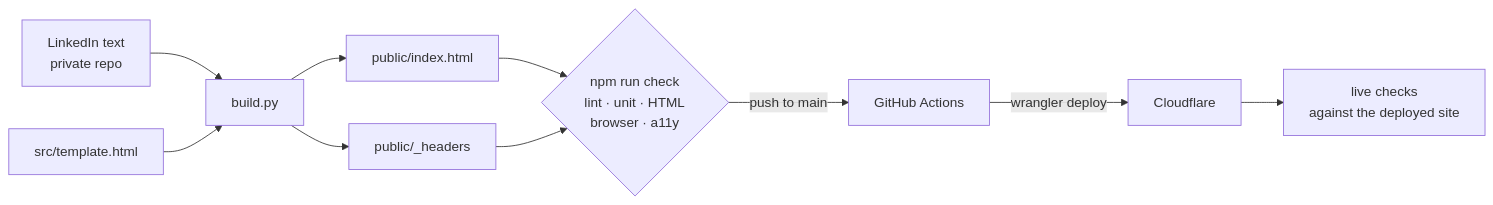
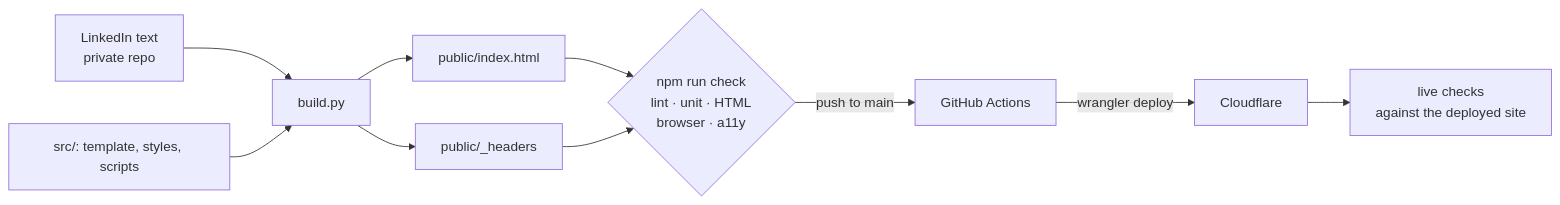
The diagram in README.md (kazuho-shibuya/kazuhoshibuya.com), drawn with Mermaid before and after one commit. The commit also changed other lines of this file and 10 other files, not shown here.

First line of the commit message:
Write styles and scripts as their own files; the build inlines them

````diff
--- a/README.md
+++ b/README.md
@@ -9,12 +9,12 @@
 ```mermaid
 flowchart LR
   A[LinkedIn text<br/>private repo] --> B[build.py]
-  T[src/template.html] --> B
+  T[src/: template, styles, scripts] --> B
   B --> P[public/index.html]
   B --> H[public/_headers]
   P --> C{npm run check<br/>lint · unit · HTML<br/>browser · a11y}
   H --> C
   C -->|push to main| D[GitHub Actions]
   D -->|wrangler deploy| E[Cloudflare]
   E --> L[live checks<br/>against the deployed site]
 ```
````
